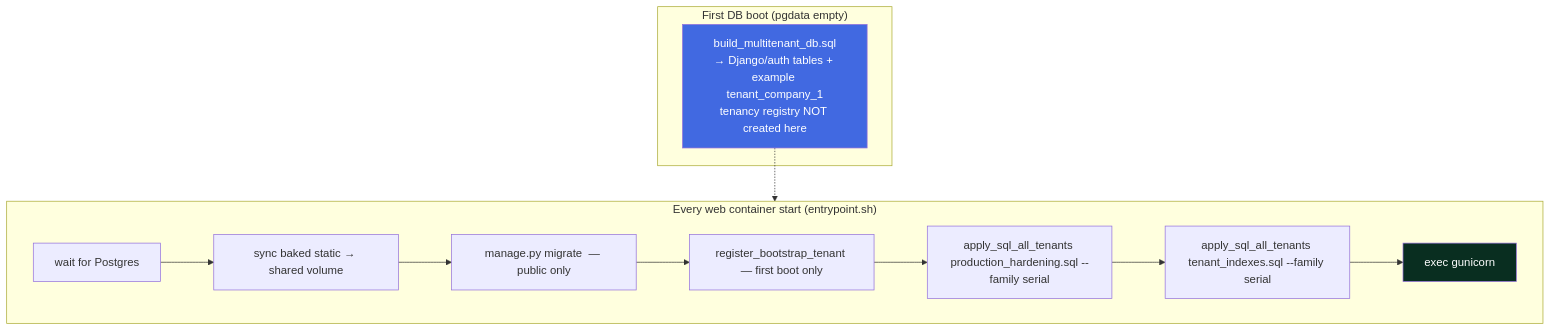
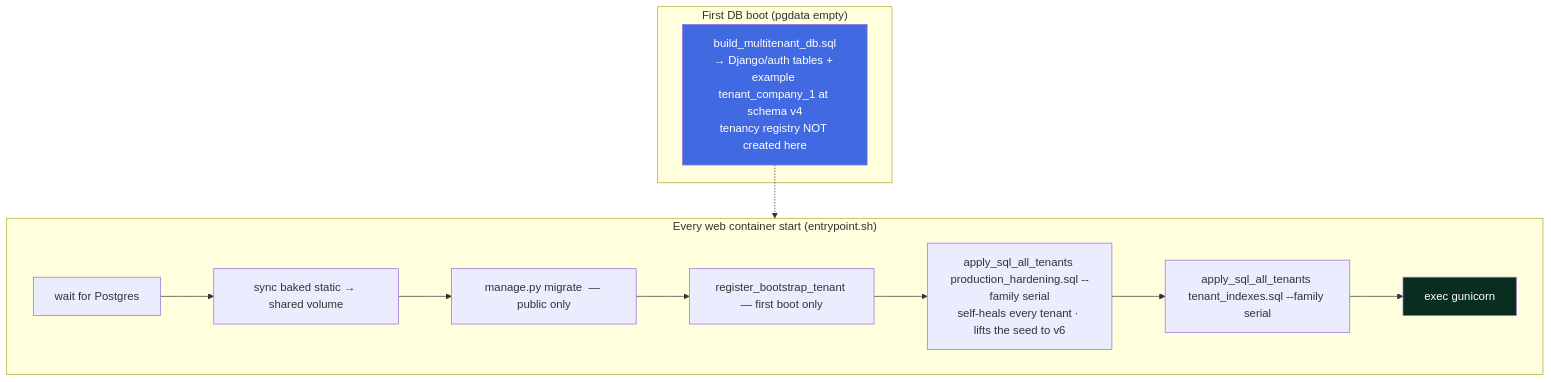
The eighth of 9 diagrams in README.md (Maaz-Bin-Haider/Financee_Multitenant_Production), drawn with Mermaid before and after one commit. The commit also changed other lines of this file and 2 other files, not shown here.

````diff
--- a/README.md
+++ b/README.md
@@ -500,17 +527,17 @@
 ```mermaid
 flowchart TB
     subgraph boot["First DB boot (pgdata empty)"]
-        SEED[build_multitenant_db.sql<br/>→ Django/auth tables + example tenant_company_1<br/>tenancy registry NOT created here]
+        SEED[build_multitenant_db.sql<br/>→ Django/auth tables + example tenant_company_1 at schema v4<br/>tenancy registry NOT created here]
     end
     subgraph start["Every web container start (entrypoint.sh)"]
         W1[wait for Postgres] --> W2[sync baked static → shared volume]
         W2 --> W3[manage.py migrate  — public only]
         W3 --> RB[register_bootstrap_tenant — first boot only]
-        RB --> W4[apply_sql_all_tenants production_hardening.sql --family serial]
+        RB --> W4[apply_sql_all_tenants production_hardening.sql --family serial<br/>self-heals every tenant · lifts the seed to v6]
         W4 --> W5[apply_sql_all_tenants tenant_indexes.sql --family serial]
         W5 --> W6[exec gunicorn]
     end
     SEED -.-> start
     style SEED fill:#4169E1,color:#fff
     style W6 fill:#092E20,color:#fff
 ```
````
